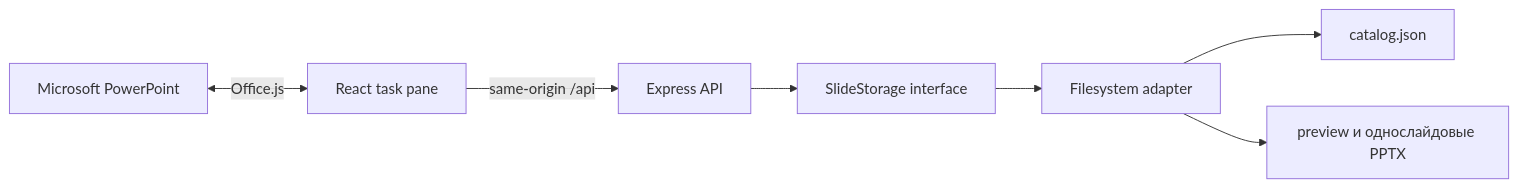
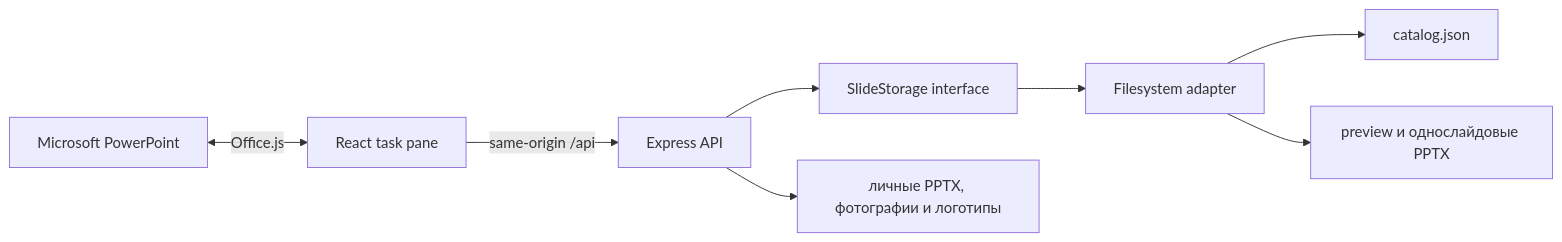
One commit to w3L1k/corporate_slide_library changed the diagram in README.md. Above: the diagram before and after it, drawn with Mermaid. The commit also changed other lines of this file and 14 other files, not shown here.

````diff
--- a/README.md
+++ b/README.md
@@ -41,9 +46,10 @@
 ```mermaid
 flowchart LR
     PP["Microsoft PowerPoint"] <-->|"Office.js"| TP["React task pane"]
     TP -->|"same-origin /api"| API["Express API"]
     API --> SS["SlideStorage interface"]
     SS --> FS["Filesystem adapter"]
     FS --> CAT["catalog.json"]
     FS --> ASSETS["preview и однослайдовые PPTX"]
+    API --> PERSONAL["личные PPTX, фотографии и логотипы"]
 ```
````
